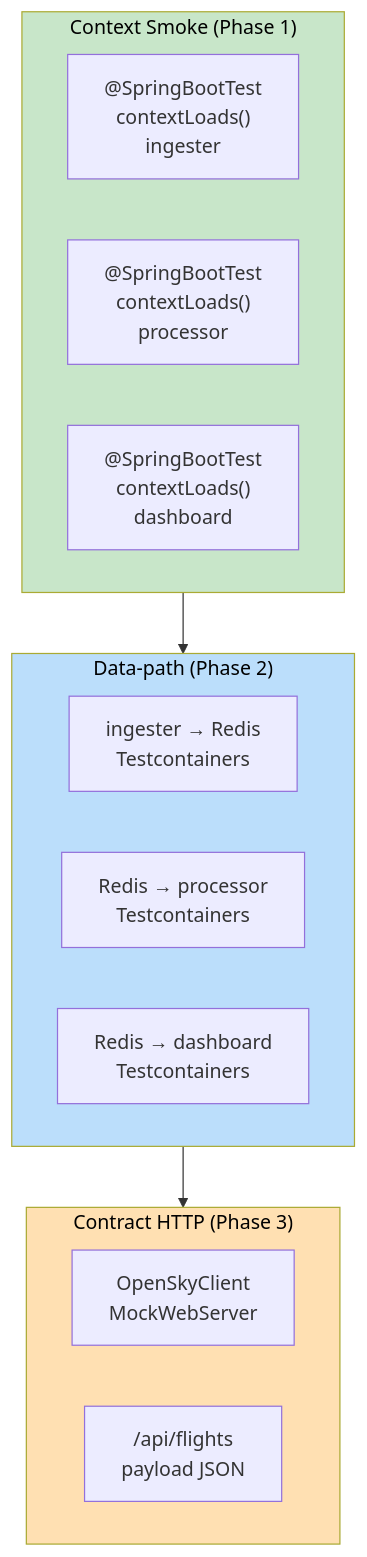
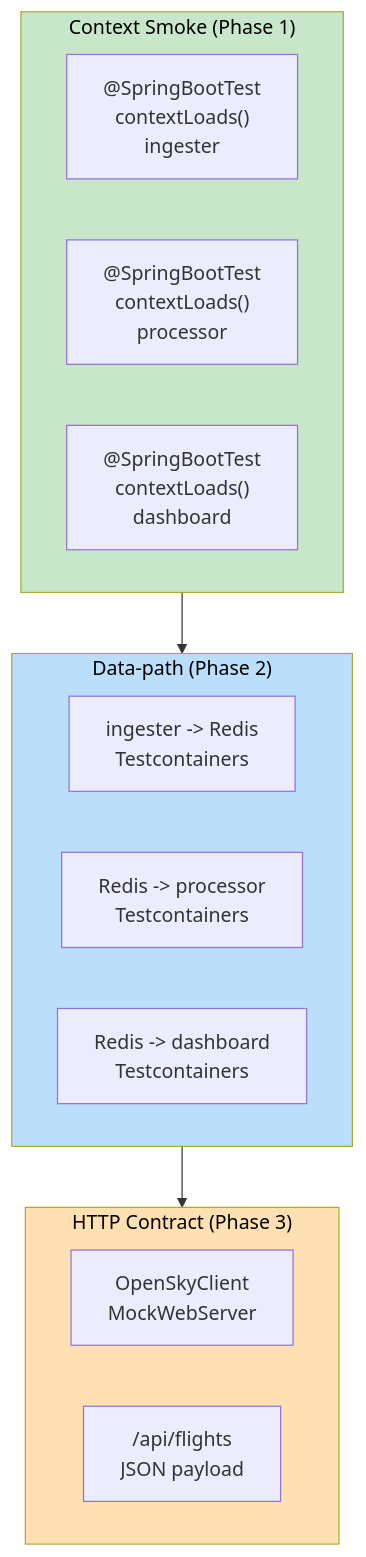
The seventh of 9 diagrams in docs/code-reviews/test-strategy-review.md (ClementV78/CloudRadar), drawn with Mermaid before and after one commit. The commit also changed other lines of this file and 2 other files, not shown here.

````diff
--- a/docs/code-reviews/test-strategy-review.md
+++ b/docs/code-reviews/test-strategy-review.md
@@ -738,25 +736,25 @@
 ```mermaid
 flowchart TB
   subgraph CTX["Context Smoke (Phase 1)"]
     CS1["@SpringBootTest<br/>contextLoads()<br/>ingester"]
     CS2["@SpringBootTest<br/>contextLoads()<br/>processor"]
     CS3["@SpringBootTest<br/>contextLoads()<br/>dashboard"]
   end
 
   subgraph DP["Data-path (Phase 2)"]
-    DP1["ingester → Redis<br/>Testcontainers"]
-    DP2["Redis → processor<br/>Testcontainers"]
-    DP3["Redis → dashboard<br/>Testcontainers"]
+    DP1["ingester -> Redis<br/>Testcontainers"]
+    DP2["Redis -> processor<br/>Testcontainers"]
+    DP3["Redis -> dashboard<br/>Testcontainers"]
   end
 
-  subgraph CT["Contract HTTP (Phase 3)"]
+  subgraph CT["HTTP Contract (Phase 3)"]
     CT1["OpenSkyClient<br/>MockWebServer"]
-    CT2["/api/flights<br/>payload JSON"]
+    CT2["/api/flights<br/>JSON payload"]
   end
 
   CTX --> DP --> CT
 
   style CTX fill:#c8e6c9,color:#000
   style DP fill:#bbdefb,color:#000
   style CT fill:#ffe0b2,color:#000
 ```
````
